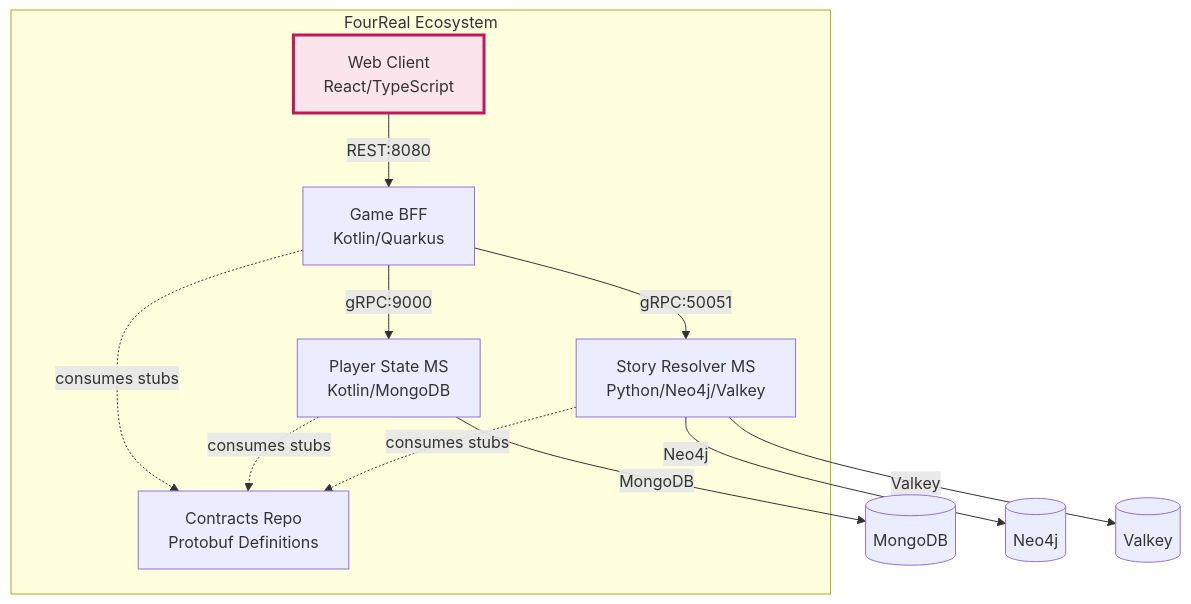
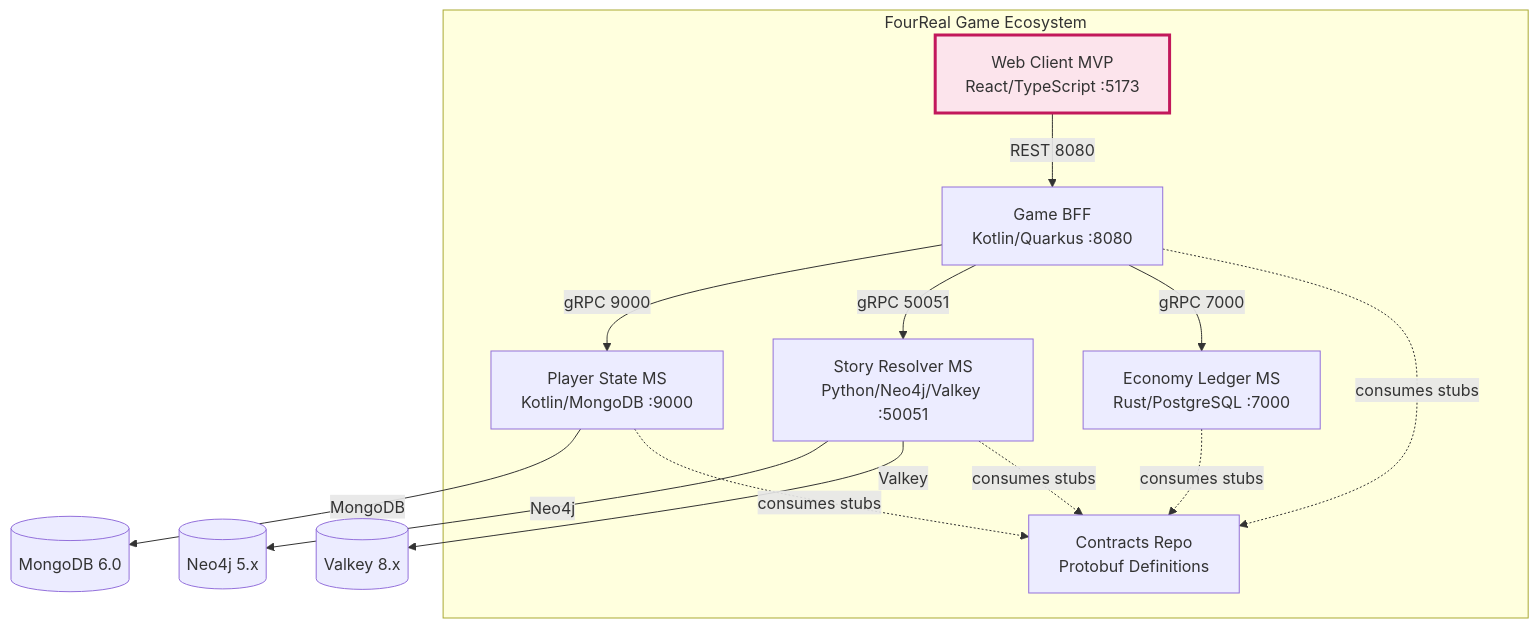
The diagram in README.md (fourreal-sysout/fourreal-web-client-mvp), drawn with Mermaid before and after one commit. The commit also changed other lines of this file and 1 other file, not shown here.

Commit message:
ci: optimize CI workflow with concurrency, timeouts and fail-fast

````diff
--- a/README.md
+++ b/README.md
@@ -15,26 +16,29 @@
 ```mermaid
 graph TB
-    subgraph "FourReal Ecosystem"
-        Web[Web Client<br/>React/TypeScript]
-        BFF[Game BFF<br/>Kotlin/Quarkus]
-        Player[Player State MS<br/>Kotlin/MongoDB]
-        Story[Story Resolver MS<br/>Python/Neo4j/Valkey]
+    subgraph "FourReal Game Ecosystem"
+        Web[Web Client MVP<br/>React/TypeScript :5173]
+        BFF[Game BFF<br/>Kotlin/Quarkus :8080]
+        Player[Player State MS<br/>Kotlin/MongoDB :9000]
+        Story[Story Resolver MS<br/>Python/Neo4j/Valkey :50051]
+        Economy[Economy Ledger MS<br/>Rust/PostgreSQL :7000]
         Contracts[Contracts Repo<br/>Protobuf Definitions]
     end
 
-    Web -->|REST:8080| BFF
-    BFF -->|gRPC:9000| Player
-    BFF -->|gRPC:50051| Story
+    Web -->|REST 8080| BFF
+    BFF -->|gRPC 9000| Player
+    BFF -->|gRPC 50051| Story
+    BFF -->|gRPC 7000| Economy
 
-    Player -->|MongoDB| MongoDB[(MongoDB)]
-    Story -->|Neo4j| Neo4j[(Neo4j)]
-    Story -->|Valkey| Valkey[(Valkey)]
+    Player -->|MongoDB| MongoDB[(MongoDB 6.0)]
+    Story -->|Neo4j| Neo4j[(Neo4j 5.x)]
+    Story -->|Valkey| Valkey[(Valkey 8.x)]
 
     BFF -.->|consumes stubs| Contracts
     Player -.->|consumes stubs| Contracts
     Story -.->|consumes stubs| Contracts
+    Economy -.->|consumes stubs| Contracts
 
     style Web fill:#fce4ec
     style Web stroke:#c2185b
     style Web stroke-width:3px
 ```
````
